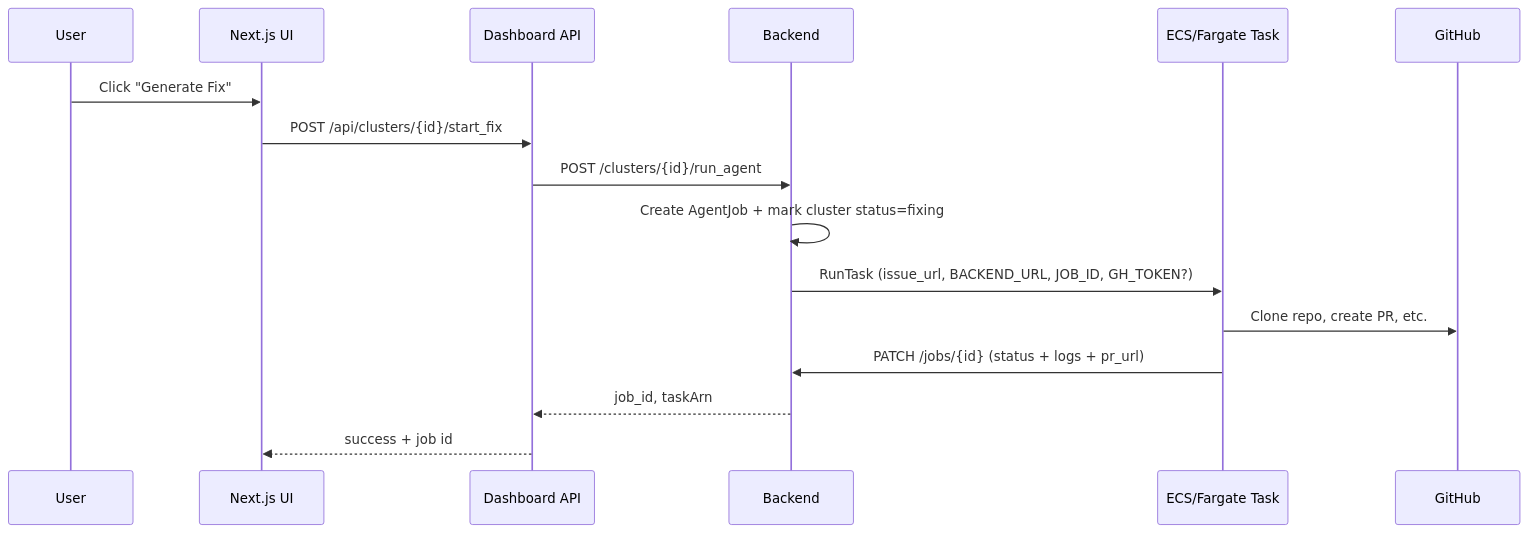
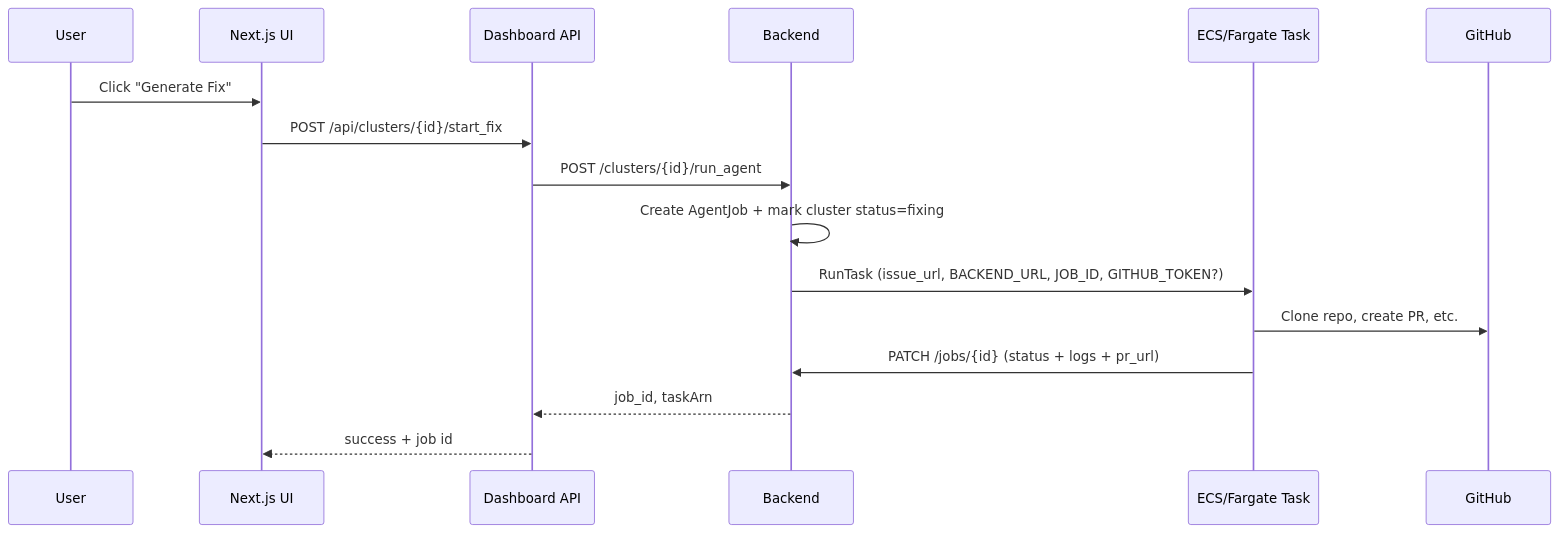
Before and after one commit to altock/soulcaster: the fourth of 4 diagrams in documentation/api_workers_architecture_plan.md, drawn with Mermaid. The commit also changed other lines of this file and 25 other files, not shown here.

````diff
--- a/documentation/api_workers_architecture_plan.md
+++ b/documentation/api_workers_architecture_plan.md
@@ -279,20 +279,20 @@
 ```mermaid
 sequenceDiagram
   participant U as User
   participant UI as Next.js UI
   participant DAPI as Dashboard API
   participant B as Backend
   participant ECS as ECS/Fargate Task
   participant G as GitHub
 
   U->>UI: Click "Generate Fix"
   UI->>DAPI: POST /api/clusters/{id}/start_fix
   DAPI->>B: POST /clusters/{id}/run_agent
   B->>B: Create AgentJob + mark cluster status=fixing
-  B->>ECS: RunTask (issue_url, BACKEND_URL, JOB_ID, GH_TOKEN?)
+  B->>ECS: RunTask (issue_url, BACKEND_URL, JOB_ID, GITHUB_TOKEN?)
 
   ECS->>G: Clone repo, create PR, etc.
   ECS->>B: PATCH /jobs/{id} (status + logs + pr_url)
   B-->>DAPI: job_id, taskArn
   DAPI-->>UI: success + job id
 ```
````
